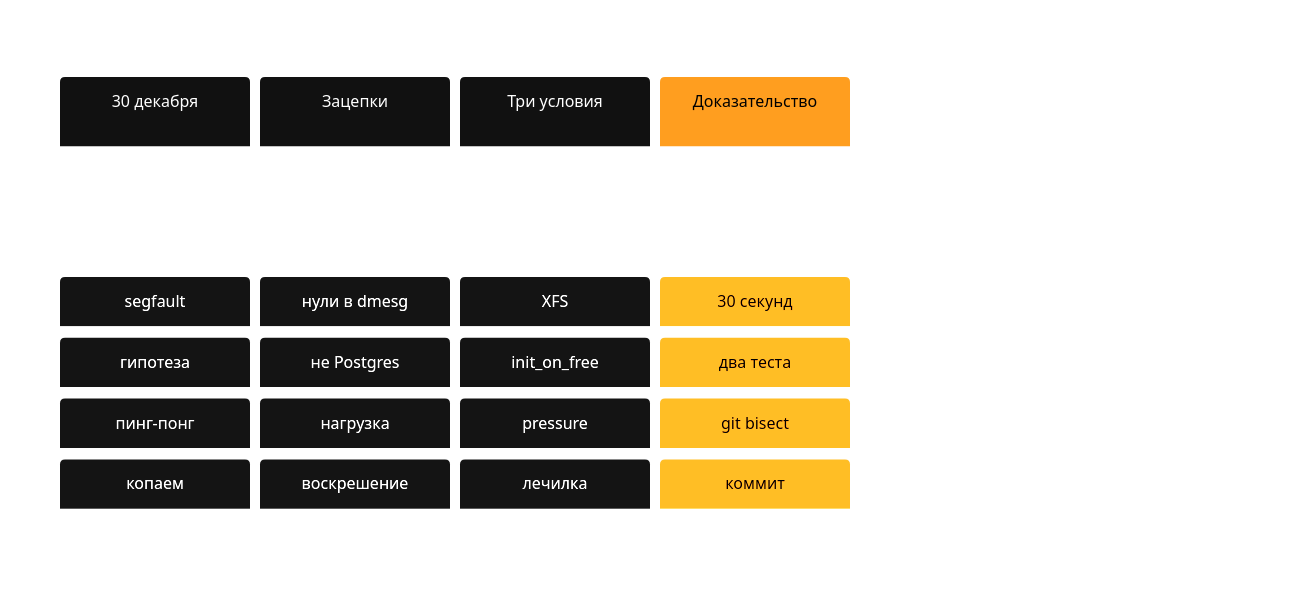
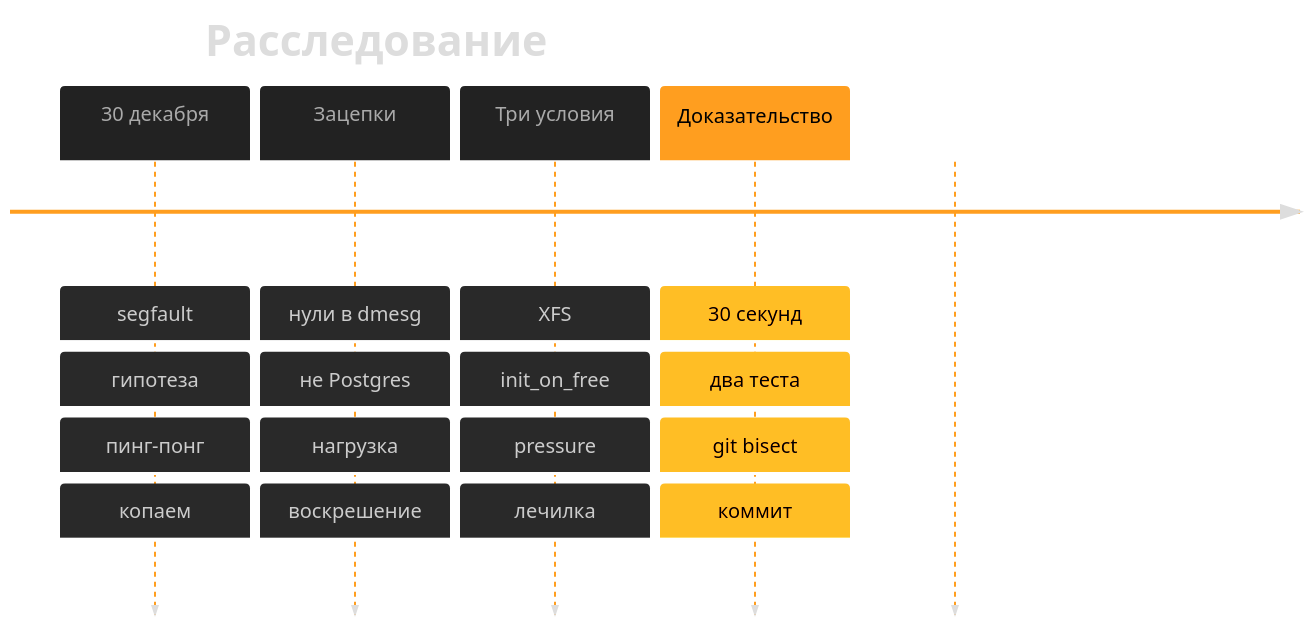
One commit to polarnik/postgresql-system-issue-story changed the diagram in docs/diagrams/timeline-4.mmd. Above: the diagram before and after it, drawn with Mermaid. The commit also changed 35 other files, not shown here.

Commit message:
update diagrams

```diff
--- a/docs/diagrams/timeline-4.mmd
+++ b/docs/diagrams/timeline-4.mmd
@@ -1,85 +1,86 @@
 %%{init: { 'theme': 'base', 'themeVariables': {
     'darkMode': true,
     'background': '#000000',
-    'fontFamily': 'Roboto, sans-serif',
-    'fontSize': '16px',
+    'fontFamily': 'verdana',
+    'fontSize': '20px',
     'primaryColor': '#ff9e1f',
     'primaryTextColor': '#000',
     'primaryBorderColor': '#cc7e19',
     'secondaryColor': '#111111',
     'secondaryTextColor': '#fff',
     'secondaryBorderColor': '#333',
     'tertiaryColor': '#111111',
     'tertiaryTextColor': '#fff',
     'tertiaryBorderColor': '#333',
     'lineColor': '#ff9e1f',
-    'textColor': '#fff',
+    'textColor': '#ddd',
     'mainBkg': '#111111',
     'nodeBorder': '#ff9e1f',
-    'nodeTextColor': '#fff',
+    'nodeTextColor': '#ddd',
     'titleColor': '#ff9e1f',
-    'cScale0': '#111111',
-    'cScale1': '#111111',
-    'cScale2': '#111111',
+    'cScale0': '#222',
+    'cScale1': '#222',
+    'cScale2': '#222',
     'cScale3': '#ff9e1f',
     'cScale4': 'transparent',
     'cScale5': 'transparent',
     'cScale6': 'transparent',
     'cScale7': 'transparent',
     'cScale8': 'transparent',
     'cScale9': 'transparent',
     'cScale10': 'transparent',
     'cScale11': 'transparent',
-    'cScaleLabel0': '#fff',
-    'cScaleLabel1': '#fff',
-    'cScaleLabel2': '#fff',
+    'cScaleLabel0': '#aaa',
+    'cScaleLabel1': '#aaa',
+    'cScaleLabel2': '#aaa',
     'cScaleLabel3': '#000',
     'cScaleLabel4': 'transparent',
     'cScaleLabel5': 'transparent',
     'cScaleLabel6': 'transparent',
     'cScaleLabel7': 'transparent',
     'cScaleLabel8': 'transparent',
     'cScaleLabel9': 'transparent',
     'cScaleLabel10': 'transparent',
-    'cScaleLabel11': 'transparent',
+    'cScaleLabel11': '#ff9e1f',
+    'cScaleLabel12': 'transparent',
     'cScalePeer1': '#333',
     'cScalePeer2': '#333',
     'cScalePeer3': '#333',
-    'cScalePeer4': '#cc7e19',
+    'cScalePeer4': '#ff9e1f',
     'cScalePeer5': 'transparent',
     'cScalePeer6': 'transparent',
     'cScalePeer7': 'transparent',
     'cScalePeer8': 'transparent',
     'cScalePeer9': 'transparent',
     'cScalePeer10': 'transparent',
     'cScalePeer11': 'transparent',
     'cScalePeer12': 'transparent'
 }}}%%
 
 timeline
     title Расследование
     30 декабря
         : segfault
         : гипотеза
         : пинг-понг
         : копаем
     Зацепки
         : нули в dmesg
         : не Postgres
         : нагрузка
         : воскрешение
     Три условия
         : XFS
         : init_on_free
         : pressure
         : лечилка
     Доказательство
         : 30 секунд
         : два теста
         : git bisect
         : коммит
     Root cause
         : race condition
         : фикс 6.9
         : XZ Utils
         : бэкпорта нет
```
